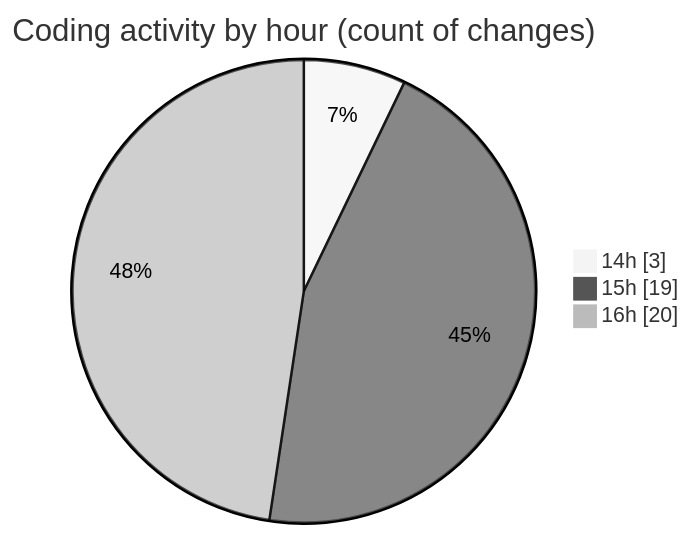
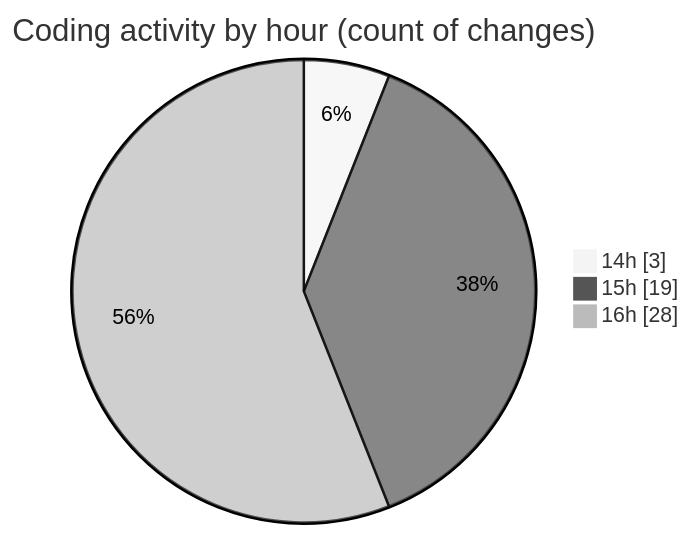
One commit to debugP/code-tracking changed the second of 2 diagrams in 2025-10-02/untitled__workspace_/README.md. Above: the diagram before and after it, drawn with Mermaid (neutral theme). The commit also changed other lines of this file and 1 other file, not shown here.

````diff
--- a/2025-10-02/untitled__workspace_/README.md
+++ b/2025-10-02/untitled__workspace_/README.md
@@ -29,7 +29,7 @@
 ```mermaid
 pie showData
 title Coding activity by hour (count of changes)
 "14h" : 3
 "15h" : 19
-"16h" : 20
+"16h" : 28
 ```
````
